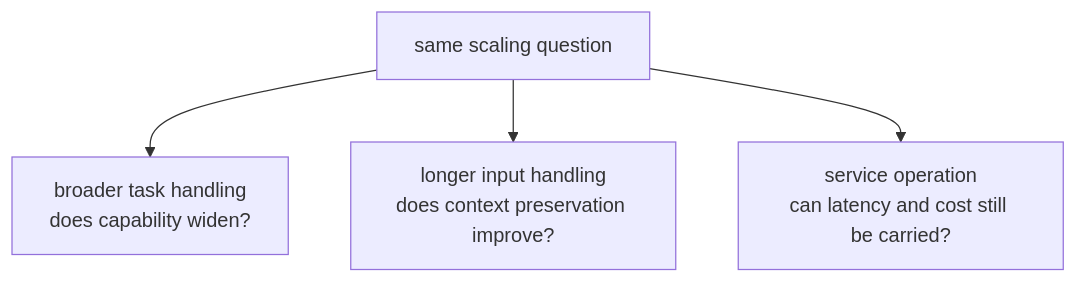
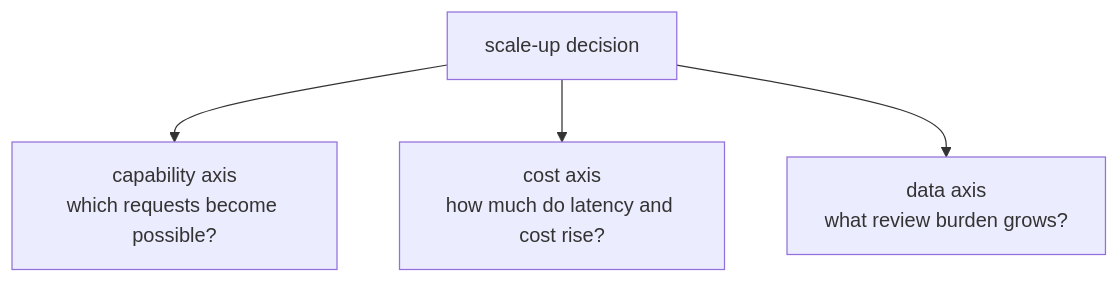
Before and after one commit to devchan64/AiBook: the diagram in docs/assets/part-06/chapter-06/p6-c06-s02-diagram-02-en.mmd, drawn with Mermaid. The commit also changed 23 other files, not shown here.

Commit message:
Add mode and scale graph examples

```diff
--- a/docs/assets/part-06/chapter-06/p6-c06-s02-diagram-02-en.mmd
+++ b/docs/assets/part-06/chapter-06/p6-c06-s02-diagram-02-en.mmd
@@ -1,9 +1,9 @@
 flowchart TD
-  A["same scaling question"]
-  B["broader task handling<br/>does capability widen?"]
-  C["longer input handling<br/>does context preservation improve?"]
-  D["service operation<br/>can latency and cost still be carried?"]
+  A["scale-up decision"]
+  B["capability axis<br/>which requests become possible?"]
+  C["cost axis<br/>how much do latency and cost rise?"]
+  D["data axis<br/>what review burden grows?"]
 
   A --> B
   A --> C
   A --> D
```
